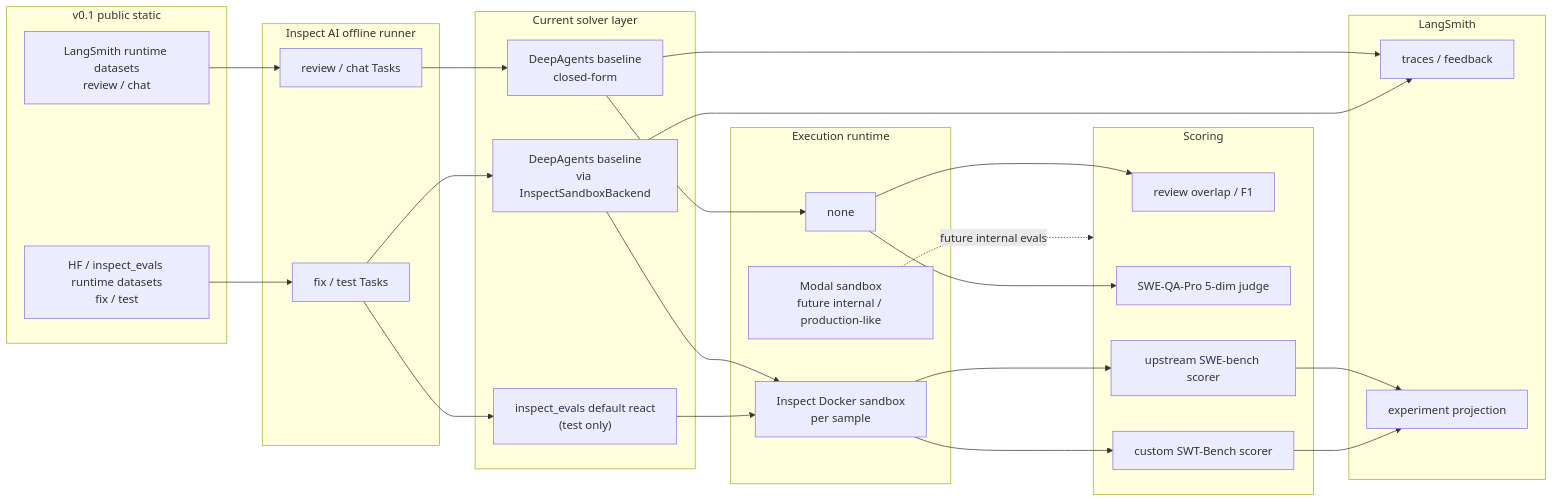
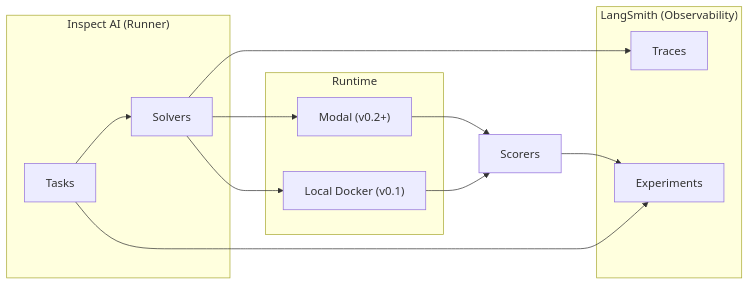
The diagram in docs/prd/openbot-eval-prd.md (YiAgent/openbot), drawn with Mermaid before and after one commit. The commit also changed other lines of this file and 84 other files, not shown here.

````diff
--- a/docs/prd/openbot-eval-prd.md
+++ b/docs/prd/openbot-eval-prd.md
@@ -161,53 +50,17 @@
 ```mermaid
 flowchart LR
-    subgraph PublicStatic["v0.1 public static"]
-        LSRuntime["LangSmith runtime datasets\nreview / chat"]
-        HFUpstream["HF / inspect_evals runtime datasets\nfix / test"]
+    subgraph Inspect["Inspect AI (Runner)"]
+        T["Tasks"] --> Sol["Solvers"]
     end
-
-    subgraph Inspect["Inspect AI offline runner"]
-        ClosedForm["review / chat Tasks"]
-        Coding["fix / test Tasks"]
+    subgraph Runtime["Runtime"]
+        Sol --> D["Local Docker (v0.1)"]
+        Sol --> M["Modal (v0.2+)"]
     end
-
-    subgraph Solver["Current solver layer"]
-        DeepClosed["DeepAgents baseline\nclosed-form"]
-        DeepCoding["DeepAgents baseline\nvia InspectSandboxBackend"]
-        React["inspect_evals default react\n(test only)"]
+    subgraph LS["LangSmith (Observability)"]
+        Sol --> Tr["Traces"]
+        T --> Exp["Experiments"]
     end
-
-    subgraph Runtime["Execution runtime"]
-        NoneBox["none"]
-        InspectDocker["Inspect Docker sandbox\nper sample"]
-        Modal["Modal sandbox\nfuture internal / production-like"]
-    end
-
-    subgraph Score["Scoring"]
-        ReviewScore["review overlap / F1"]
-        ChatScore["SWE-QA-Pro 5-dim judge"]
-        FixScore["upstream SWE-bench scorer"]
-        TestScore["custom SWT-Bench scorer"]
-    end
-
-    subgraph LS["LangSmith"]
-        Traces["traces / feedback"]
-        Experiments["experiment projection"]
-    end
-
-    LSRuntime --> ClosedForm --> DeepClosed --> NoneBox
-    NoneBox --> ReviewScore
-    NoneBox --> ChatScore
-
-    HFUpstream --> Coding
-    Coding --> DeepCoding --> InspectDocker
-    Coding --> React --> InspectDocker
-    InspectDocker --> FixScore
-    InspectDocker --> TestScore
-
-    DeepClosed --> Traces
-    DeepCoding --> Traces
-    FixScore --> Experiments
-    TestScore --> Experiments
-
-    Modal -. future internal evals .-> Score
+    D --> Sc["Scorers"]
+    M --> Sc
+    Sc --> Exp
 ```
````
